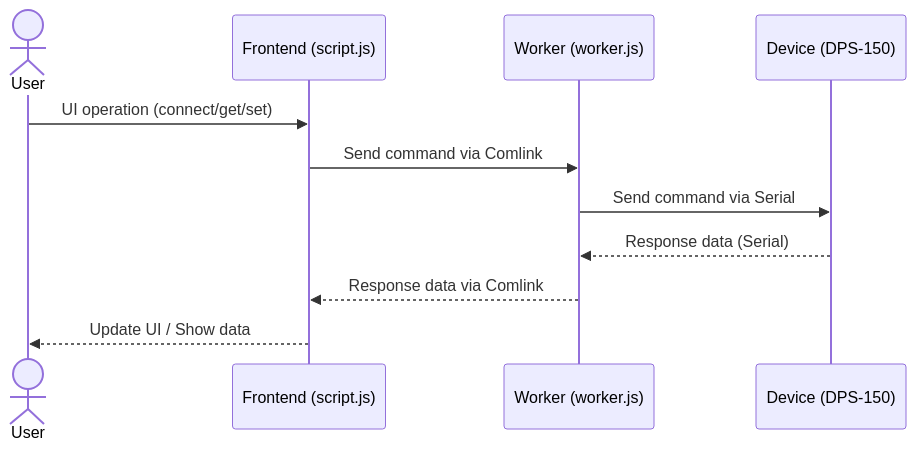
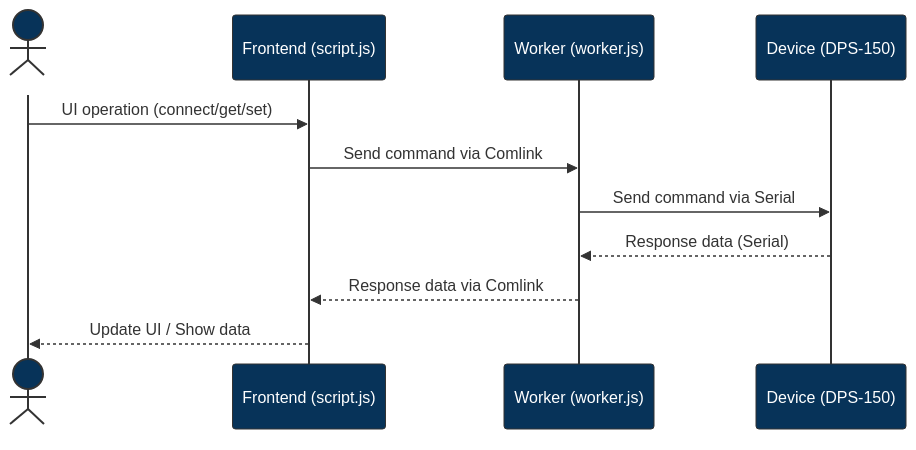
The diagram in README.md (ErikMikkelson/fnirsi-dps-150), drawn with Mermaid before and after one commit.

````diff
--- a/README.md
+++ b/README.md
@@ -37,14 +37,26 @@
 ```mermaid
+---
+config:
+  theme: 'base'
+  themeVariables:
+    fontFamily: "Noto Sans"
+    primaryColor: '#073359'
+    primaryTextColor: '#fff'
+    primaryBorderColor: '#333'
+    lineColor: '#333'
+    secondaryColor: '#006100'
+    textColor: '#333'
+---
 sequenceDiagram
     actor User as User
     participant Frontend as Frontend (script.js)
     participant Worker as Worker (worker.js)
     participant Device as Device (DPS-150)
 
     User->>Frontend: UI operation (connect/get/set)
     Frontend->>Worker: Send command via Comlink
     Worker->>Device: Send command via Serial
     Device-->>Worker: Response data (Serial)
     Worker-->>Frontend: Response data via Comlink
     Frontend-->>User: Update UI / Show data
 ```
````
